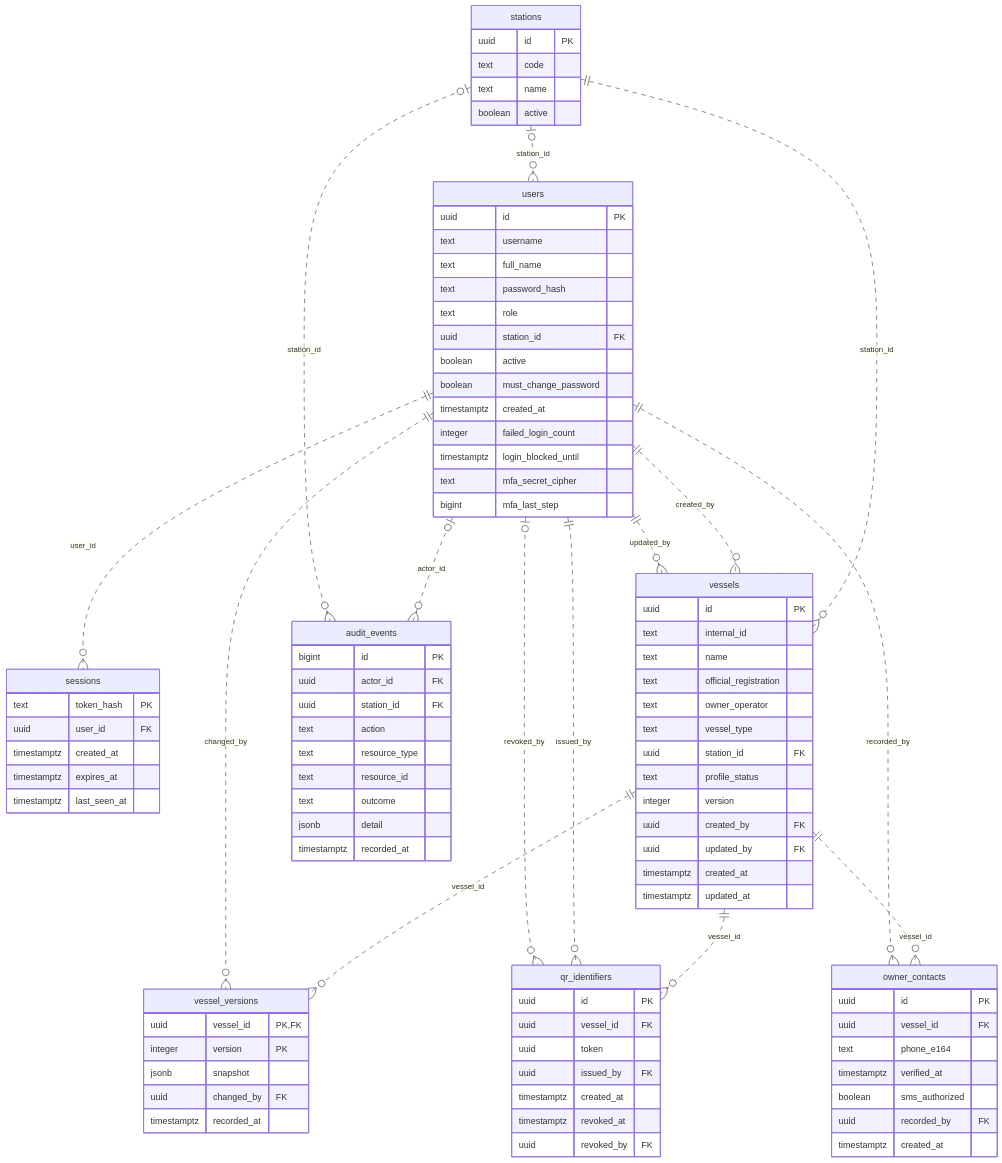
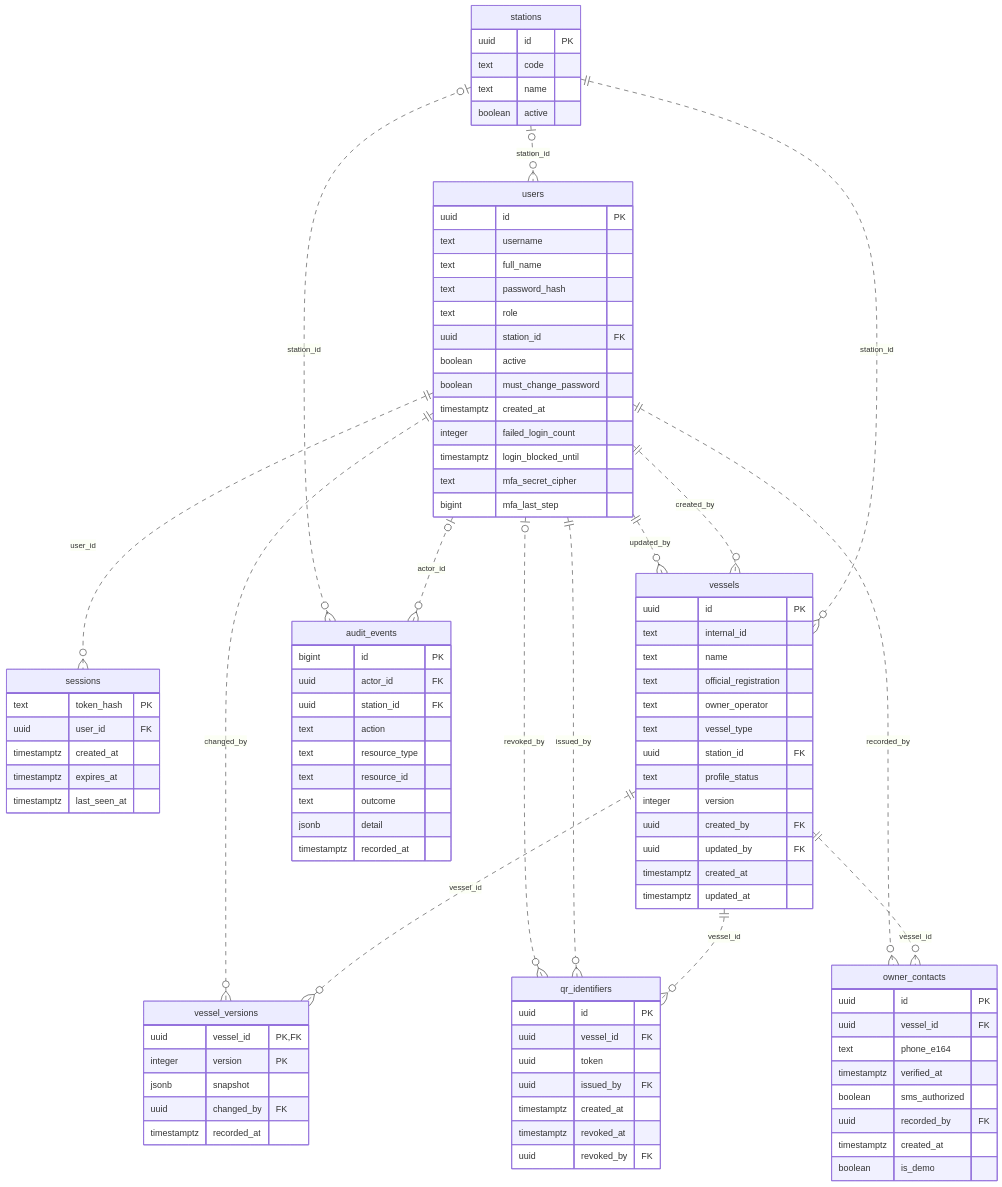
Before and after one commit to Ruzz-1010/MPGE-PCG-SYSTEM: the first of 5 diagrams in docs/ERD_V2.md, drawn with Mermaid. The commit also changed other lines of this file and 13 other files, not shown here.

```diff
--- a/docs/ERD_V2.md
+++ b/docs/ERD_V2.md
@@ -84,6 +84,7 @@
         boolean sms_authorized
         uuid recorded_by FK
         timestamptz created_at
+        boolean is_demo
     }
     stations o|..o{ users : station_id
     users ||..o{ sessions : user_id
```
